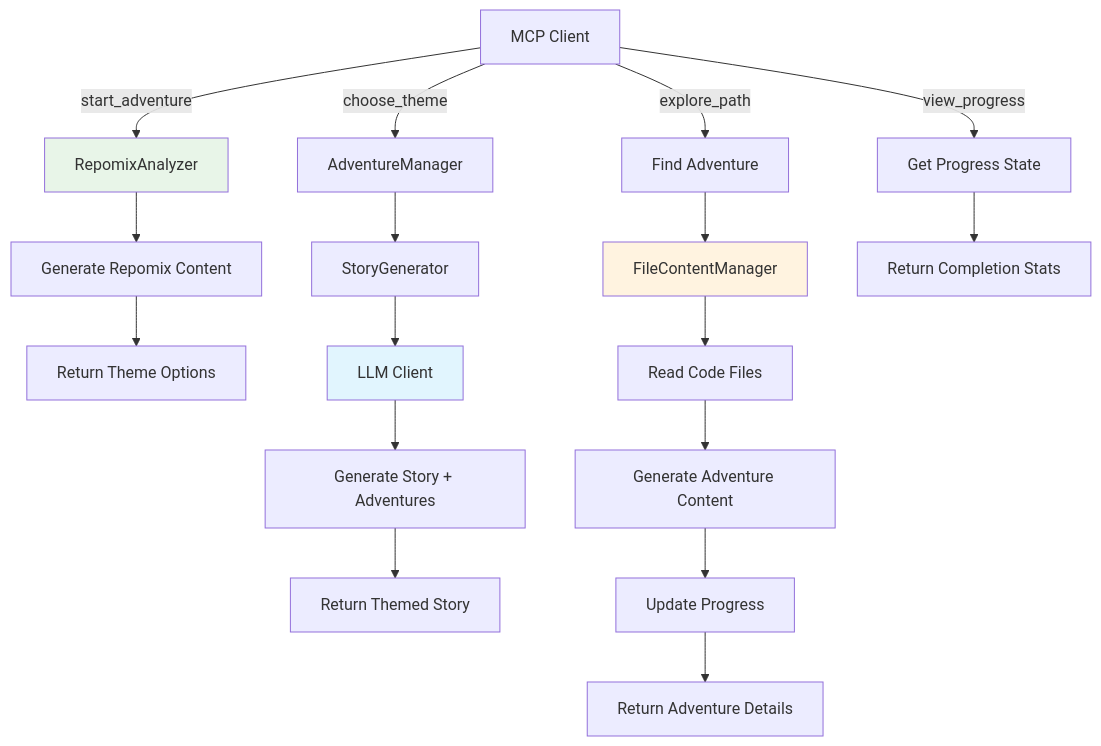
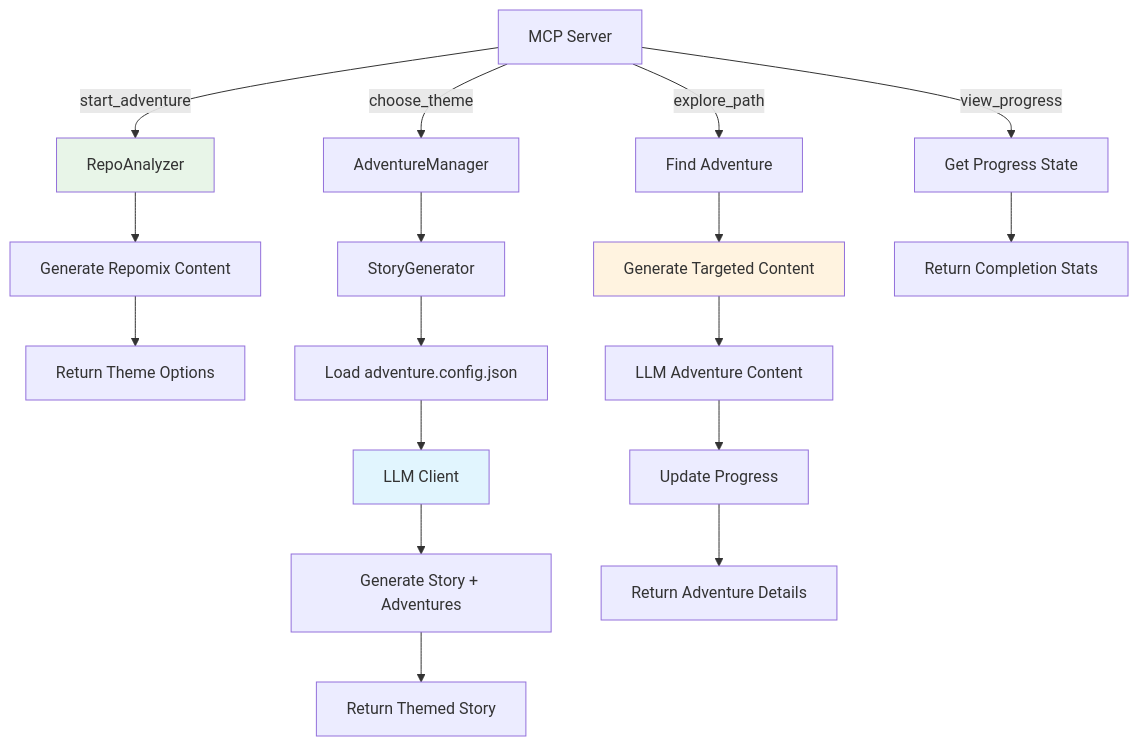
The first of 2 diagrams in README.md (DanWahlin/ai-repo-adventures), drawn with Mermaid before and after one commit. The commit also changed other lines of this file and 12 other files, not shown here.

Commit message:
refactor: update adventure configuration and story generation logic to enhance theme integration and project context gathering

````diff
--- a/README.md
+++ b/README.md
@@ -23,26 +23,26 @@
 ```mermaid
 graph TD
-    A[MCP Client] -->|start_adventure| B[RepomixAnalyzer]
+    A[MCP Server] -->|start_adventure| B[RepoAnalyzer]
     B --> C[Generate Repomix Content]
     C --> D[Return Theme Options]
     
     A -->|choose_theme| E[AdventureManager]
     E --> F[StoryGenerator]
-    F --> G[LLM Client]
-    G --> H[Generate Story + Adventures]
-    H --> I[Return Themed Story]
+    F --> G[Load adventure.config.json]
+    G --> H[LLM Client]
+    H --> I[Generate Story + Adventures]
+    I --> J[Return Themed Story]
     
-    A -->|explore_path| J[Find Adventure]
-    J --> K[FileContentManager]
-    K --> L[Read Code Files]
-    L --> M[Generate Adventure Content]
+    A -->|explore_path| K[Find Adventure]
+    K --> L[Generate Targeted Content]
+    L --> M[LLM Adventure Content]
     M --> N[Update Progress]
     N --> O[Return Adventure Details]
     
     A -->|view_progress| P[Get Progress State]
     P --> Q[Return Completion Stats]
     
     style B fill:#e8f5e8
-    style G fill:#e1f5fe
-    style K fill:#fff3e0
+    style H fill:#e1f5fe
+    style L fill:#fff3e0
 ```
````
